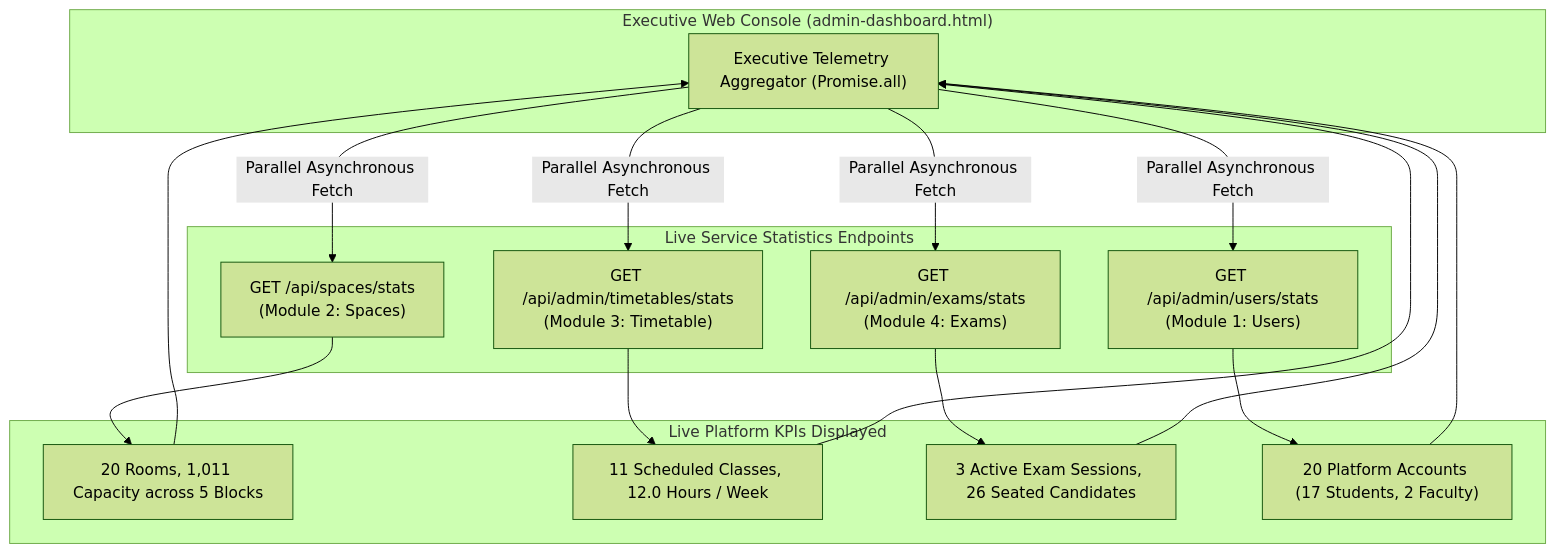
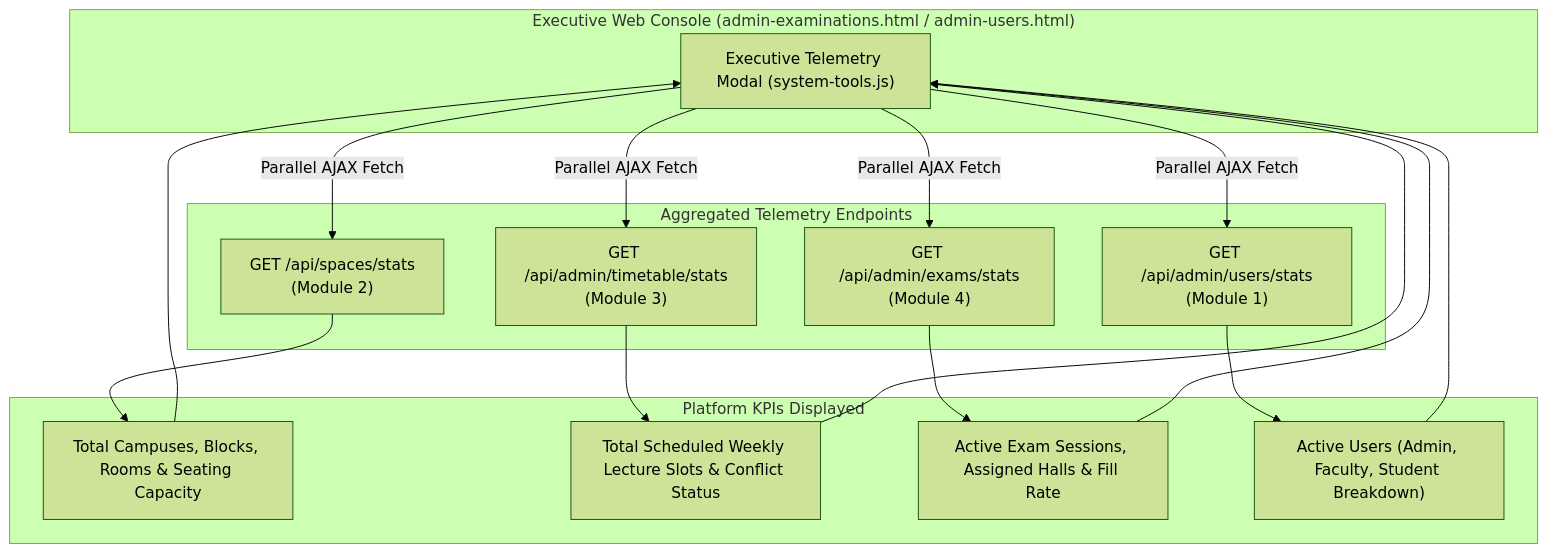
The ninth of 9 diagrams in README.md (nikhilkum92/Java-Project), drawn with Mermaid (forest theme) before and after one commit. The commit also changed other lines of this file, not shown here.

Commit message:
docs: restore official 12-week README specification as per project guidelines

````diff
--- a/README.md
+++ b/README.md
@@ -680,27 +793,27 @@
 ```mermaid
 flowchart TD
-    subgraph UI["Executive Web Console (admin-dashboard.html)"]
-        MODAL["Executive Telemetry Aggregator (Promise.all)"]
+    subgraph UI["Executive Web Console (admin-examinations.html / admin-users.html)"]
+        MODAL["Executive Telemetry Modal (system-tools.js)"]
     end
 
-    subgraph Endpoints["Live Service Statistics Endpoints"]
-        P1["GET /api/spaces/stats\n(Module 2: Spaces)"]
-        P2["GET /api/admin/timetables/stats\n(Module 3: Timetable)"]
-        P3["GET /api/admin/exams/stats\n(Module 4: Exams)"]
-        P4["GET /api/admin/users/stats\n(Module 1: Users)"]
+    subgraph Endpoints["Aggregated Telemetry Endpoints"]
+        P1["GET /api/spaces/stats\n(Module 2)"]
+        P2["GET /api/admin/timetable/stats\n(Module 3)"]
+        P3["GET /api/admin/exams/stats\n(Module 4)"]
+        P4["GET /api/admin/users/stats\n(Module 1)"]
     end
 
-    subgraph Metrics["Live Platform KPIs Displayed"]
-        M1["20 Rooms, 1,011 Capacity across 5 Blocks"]
-        M2["11 Scheduled Classes, 12.0 Hours / Week"]
-        M3["3 Active Exam Sessions, 26 Seated Candidates"]
-        M4["20 Platform Accounts (17 Students, 2 Faculty)"]
+    subgraph Metrics["Platform KPIs Displayed"]
+        M1["Total Campuses, Blocks, Rooms & Seating Capacity"]
+        M2["Total Scheduled Weekly Lecture Slots & Conflict Status"]
+        M3["Active Exam Sessions, Assigned Halls & Fill Rate"]
+        M4["Active Users (Admin, Faculty, Student Breakdown)"]
     end
 
-    MODAL -- "Parallel Asynchronous Fetch" --> P1 & P2 & P3 & P4
+    MODAL -- "Parallel AJAX Fetch" --> P1 & P2 & P3 & P4
     P1 --> M1
     P2 --> M2
     P3 --> M3
     P4 --> M4
     M1 & M2 & M3 & M4 --> MODAL
 ```
````
